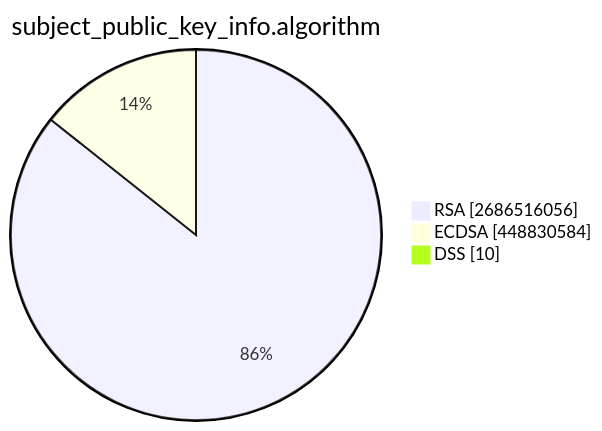
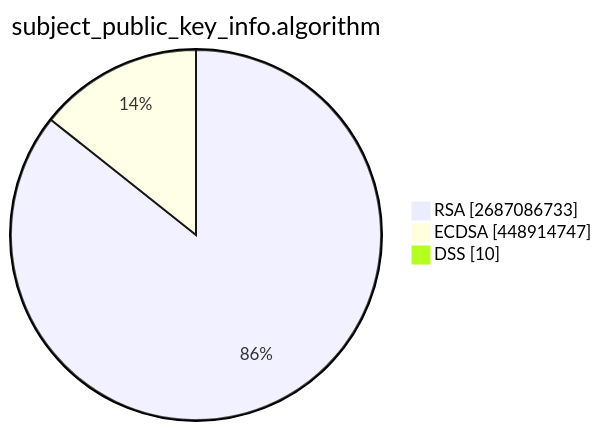
One commit to christiankrug/ctmonitor_visualization changed the second of 15 diagrams in TOTAL/README.md. Above: the diagram before and after it, drawn with Mermaid. The commit also changed other lines of this file, not shown here.

````diff
--- a/TOTAL/README.md
+++ b/TOTAL/README.md
@@ -6,7 +6,7 @@
 ```mermaid
 pie showData
 title subject_public_key_info.algorithm
-"RSA" :2686516056
-"ECDSA" :448830584
+"RSA" :2687086733
+"ECDSA" :448914747
 "DSS" :10
 ```
````
